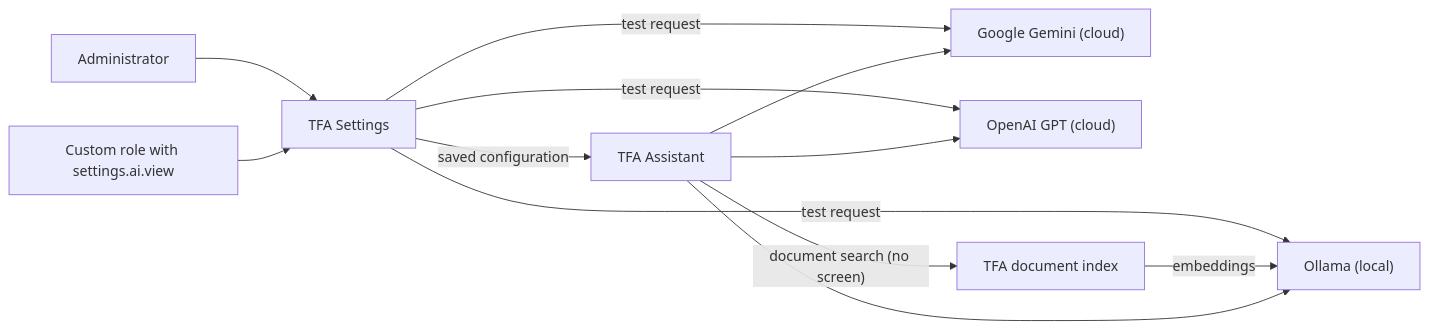
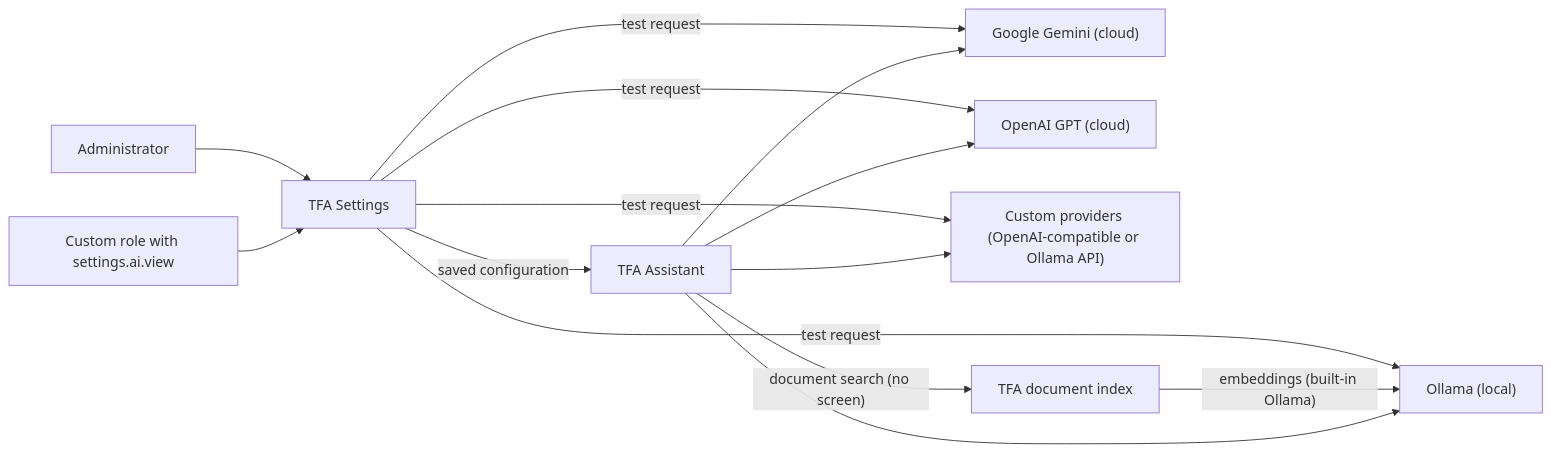
Before and after one commit to jojogeorge3344/TaskFlow-Project: the first of 7 diagrams in TF - Documents/TF - FRD/06-Settings/06.3-TFA-Settings/FRD-TFA-Settings.md, drawn with Mermaid. The commit also changed other lines of this file and 8 other files, not shown here.

First line of the commit message:
docs(tfa): document custom AI providers in the TFA Settings and Assistant docs

````diff
--- a/TF - Documents/TF - FRD/06-Settings/06.3-TFA-Settings/FRD-TFA-Settings.md
+++ b/TF - Documents/TF - FRD/06-Settings/06.3-TFA-Settings/FRD-TFA-Settings.md
@@ -105,14 +118,16 @@
 ```mermaid
 flowchart LR
   U1["Administrator"] --> S["TFA Settings"]
   U2["Custom role with settings.ai.view"] --> S
   S -- "saved configuration" --> T["TFA Assistant"]
   S -- "test request" --> O["Ollama (local)"]
   S -- "test request" --> G["Google Gemini (cloud)"]
   S -- "test request" --> P["OpenAI GPT (cloud)"]
+  S -- "test request" --> C["Custom providers (OpenAI-compatible or Ollama API)"]
   T -- "document search (no screen)" --> D["TFA document index"]
-  D -- "embeddings" --> O
+  D -- "embeddings (built-in Ollama)" --> O
   T --> O
   T --> G
   T --> P
+  T --> C
 ```
````
